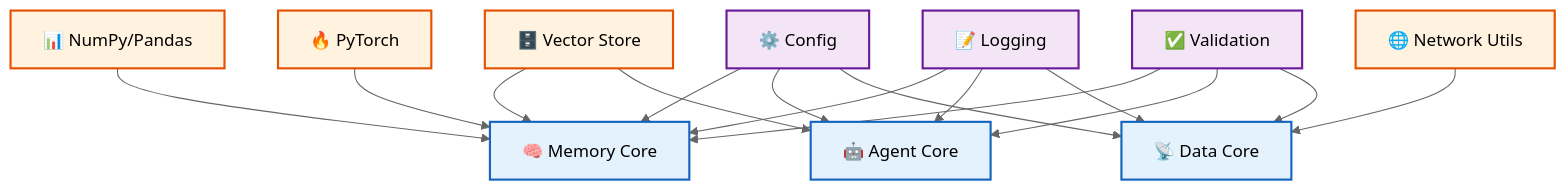
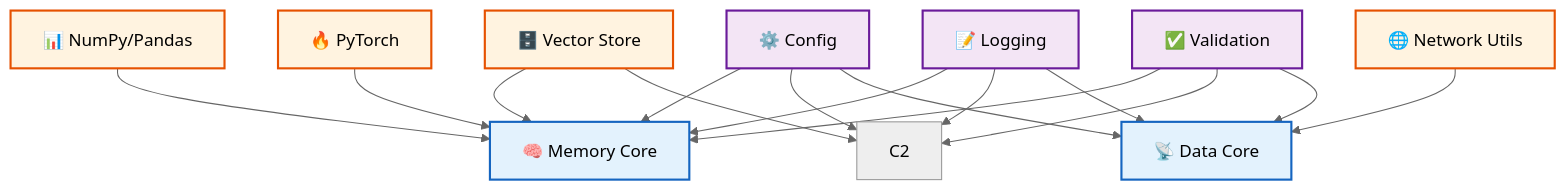
The sixth of 6 diagrams in README.md (Vortx-AI/memories-dev), drawn with Mermaid (neutral theme) before and after one commit. The commit also changed other lines of this file and 40 other files, not shown here.

````diff
--- a/README.md
+++ b/README.md
@@ -473,31 +463,30 @@
 ```mermaid
 graph TD
     %% Node Styles
     classDef core fill:#e3f2fd,stroke:#1565c0,stroke-width:2px
     classDef dep fill:#fff3e0,stroke:#e65100,stroke-width:2px
     classDef util fill:#f3e5f5,stroke:#6a1b9a,stroke-width:2px
 
     %% Core Modules
     C1["🧠 Memory Core"]:::core
-    C2["🤖 Agent Core"]:::core
     C3["📡 Data Core"]:::core
 
     %% Dependencies
     D1["📊 NumPy/Pandas"]:::dep
     D2["🔥 PyTorch"]:::dep
     D3["🗄️ Vector Store"]:::dep
     D4["🌐 Network Utils"]:::dep
 
     %% Utilities
     U1["⚙️ Config"]:::util
     U2["📝 Logging"]:::util
     U3["✅ Validation"]:::util
 
     %% Connections
     D1 & D2 --> C1
     D3 --> C1 & C2
     D4 --> C3
     U1 --> C1 & C2 & C3
     U2 --> C1 & C2 & C3
     U3 --> C1 & C2 & C3
 ```
````
